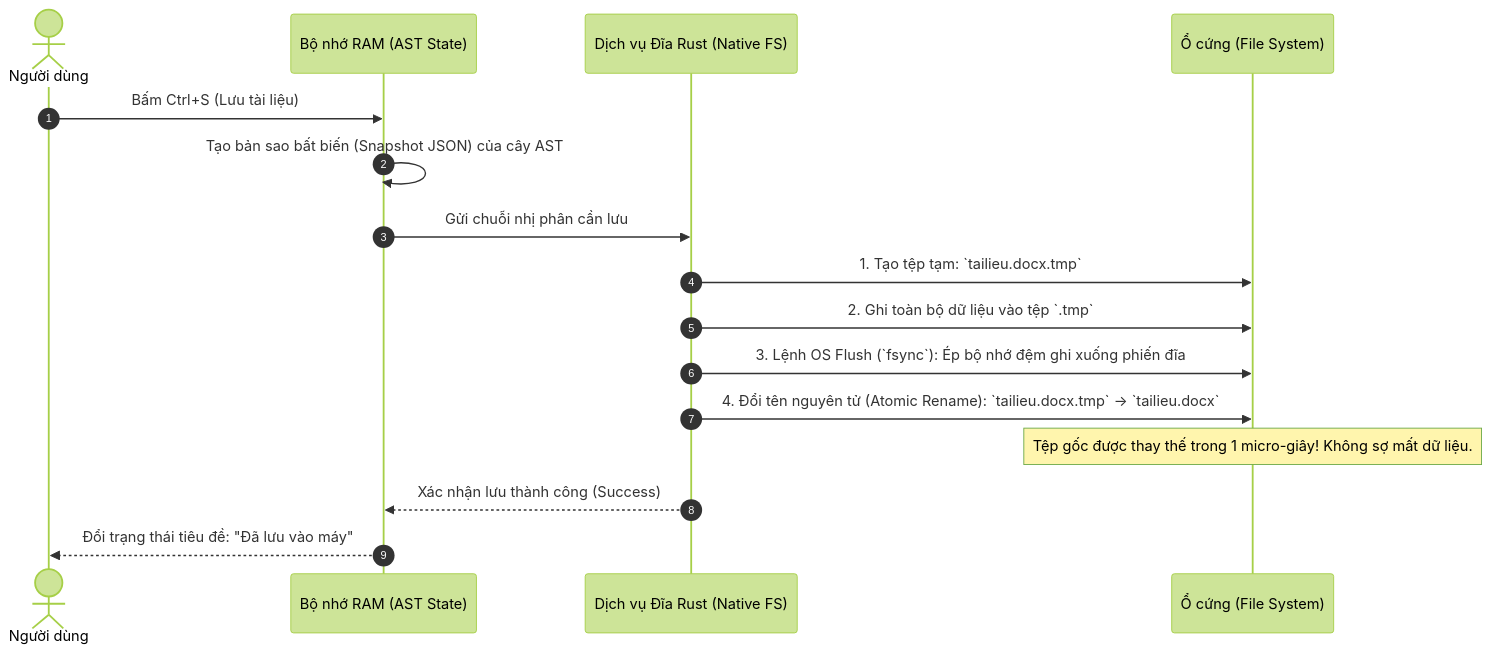
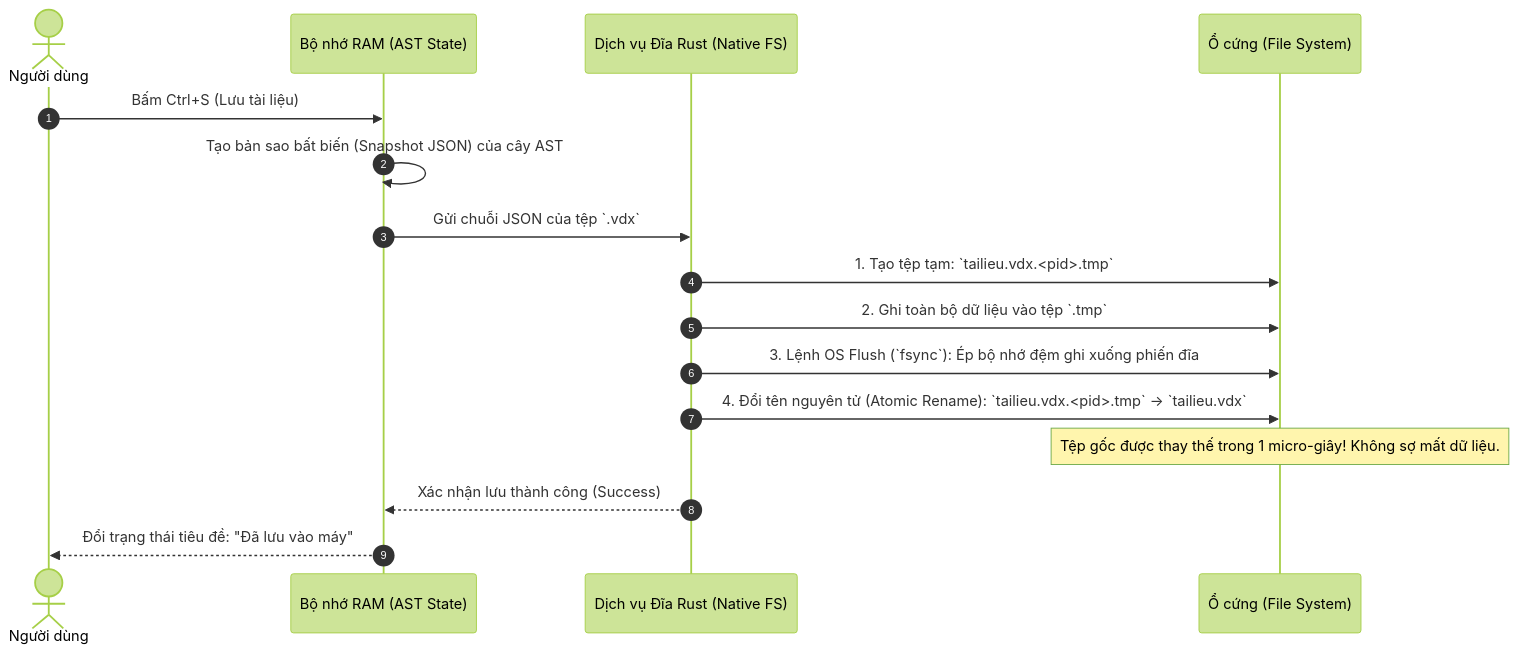
The fourth of 16 diagrams in ARCHITECTURE.md (vietdesk-crt/vietdesk-office), drawn with Mermaid (forest theme) before and after one commit. The commit also changed other lines of this file and 167 other files, not shown here.

````diff
--- a/ARCHITECTURE.md
+++ b/ARCHITECTURE.md
@@ -134,19 +151,19 @@
 ```mermaid
 sequenceDiagram
     autonumber
     actor User as Người dùng
     participant Editor as Bộ nhớ RAM (AST State)
     participant DiskService as Dịch vụ Đĩa Rust (Native FS)
     participant Storage as Ổ cứng (File System)
 
     User->>Editor: Bấm Ctrl+S (Lưu tài liệu)
     Editor->>Editor: Tạo bản sao bất biến (Snapshot JSON) của cây AST
-    Editor->>DiskService: Gửi chuỗi nhị phân cần lưu
-    DiskService->>Storage: 1. Tạo tệp tạm: `tailieu.docx.tmp`
+    Editor->>DiskService: Gửi chuỗi JSON của tệp `.vdx`
+    DiskService->>Storage: 1. Tạo tệp tạm: `tailieu.vdx.<pid>.tmp`
     DiskService->>Storage: 2. Ghi toàn bộ dữ liệu vào tệp `.tmp`
     DiskService->>Storage: 3. Lệnh OS Flush (`fsync`): Ép bộ nhớ đệm ghi xuống phiến đĩa
-    DiskService->>Storage: 4. Đổi tên nguyên tử (Atomic Rename): `tailieu.docx.tmp` -> `tailieu.docx`
+    DiskService->>Storage: 4. Đổi tên nguyên tử (Atomic Rename): `tailieu.vdx.<pid>.tmp` -> `tailieu.vdx`
     Note over Storage: Tệp gốc được thay thế trong 1 micro-giây! Không sợ mất dữ liệu.
     DiskService-->>Editor: Xác nhận lưu thành công (Success)
     Editor-->>User: Đổi trạng thái tiêu đề: "Đã lưu vào máy"
 ```
````
